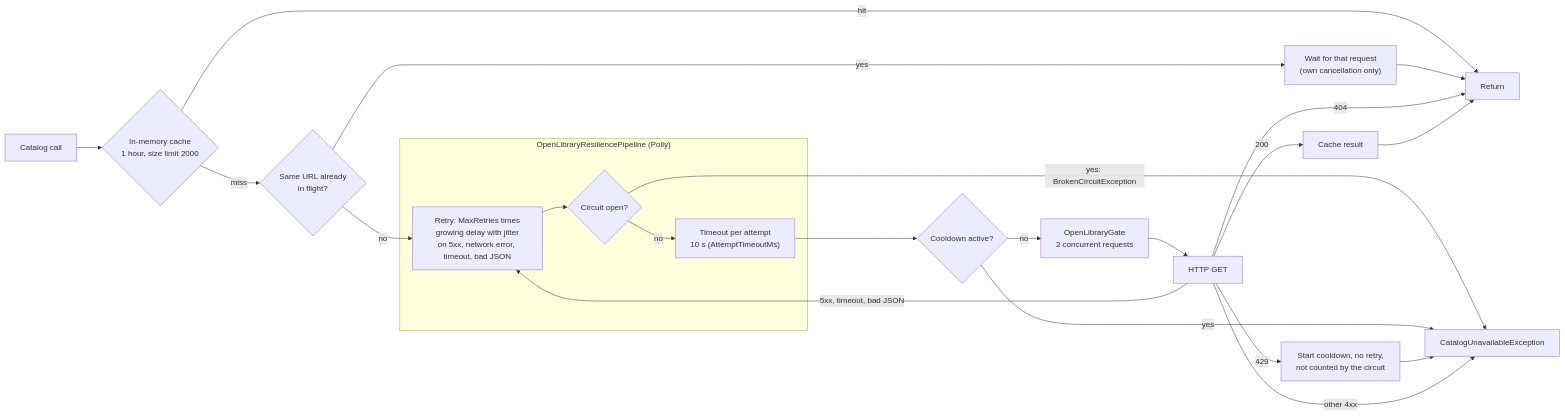
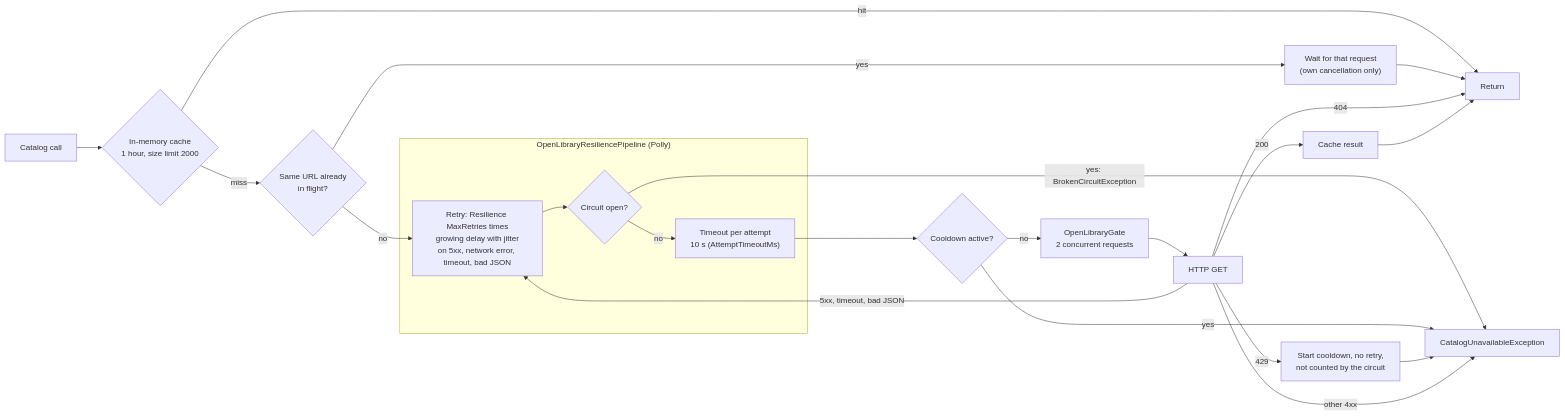
Before and after one commit to juan-alvarez-at-trip-arc/find-that-book: the diagram in docs/architecture/06-open-library-protection.md, drawn with Mermaid. The commit also changed other lines of this file and 43 other files, not shown here.

````diff
--- a/docs/architecture/06-open-library-protection.md
+++ b/docs/architecture/06-open-library-protection.md
@@ -5,24 +5,24 @@
 ```mermaid
 flowchart LR
     req[Catalog call] --> cache{"In-memory cache<br/>1 hour, size limit 2000"}
     cache -- hit --> ret[Return]
     cache -- miss --> infl{"Same URL already<br/>in flight?"}
     infl -- yes --> join["Wait for that request<br/>(own cancellation only)"] --> ret
     infl -- no --> retry
 
     subgraph pipe["OpenLibraryResiliencePipeline (Polly)"]
-        retry["Retry: MaxRetries times<br/>growing delay with jitter<br/>on 5xx, network error, timeout, bad JSON"] --> cb{"Circuit open?"}
+        retry["Retry: Resilience MaxRetries times<br/>growing delay with jitter<br/>on 5xx, network error, timeout, bad JSON"] --> cb{"Circuit open?"}
         cb -- no --> tmo["Timeout per attempt<br/>10 s (AttemptTimeoutMs)"]
     end
 
     cb -- "yes: BrokenCircuitException" --> fail[CatalogUnavailableException]
     tmo --> cd{Cooldown active?}
     cd -- yes --> fail
     cd -- no --> gate["OpenLibraryGate<br/>2 concurrent requests"]
     gate --> http[HTTP GET]
     http -- 429 --> start["Start cooldown, no retry,<br/>not counted by the circuit"] --> fail
     http -- "5xx, timeout, bad JSON" --> retry
     http -- other 4xx --> fail
     http -- 404 --> ret
     http -- 200 --> store[Cache result] --> ret
 ```
````
